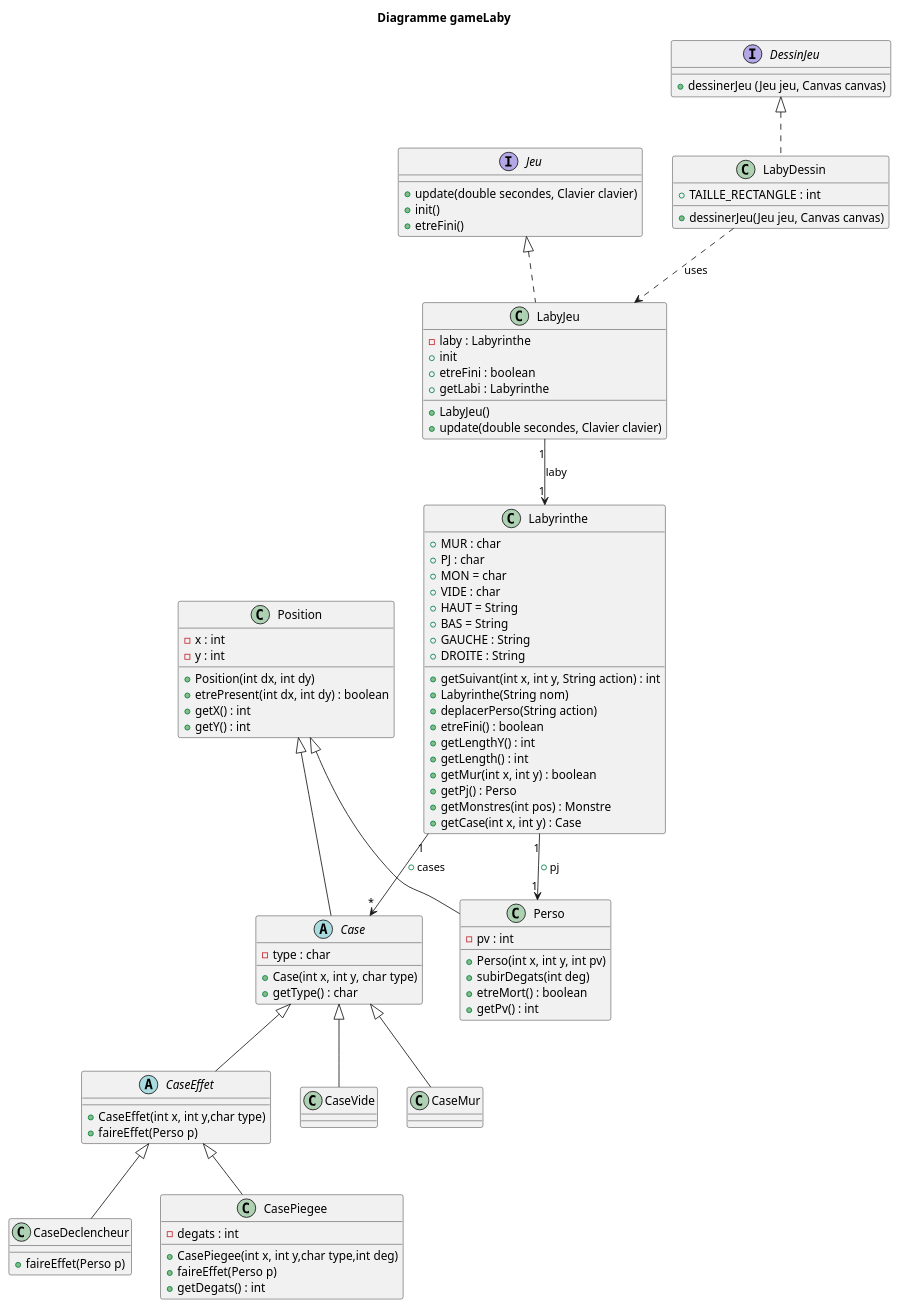
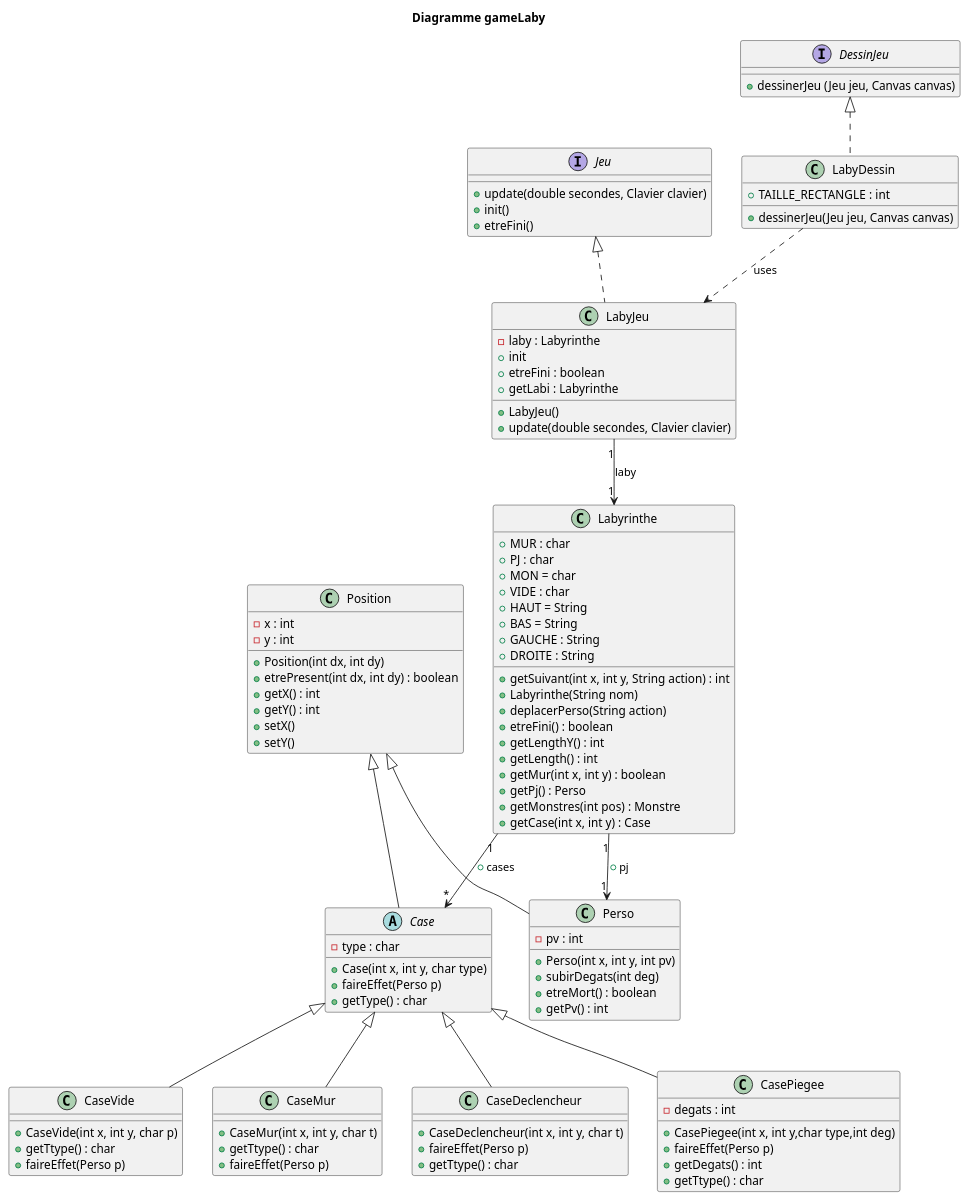
One commit to Cedran-Bastien/2022_Zeldiablo_Retter_Perez_Hergott_Bastien changed the diagram in zeldiablo/src/gameLaby/laby/diag_classe_monstre.puml. Above: the diagram before and after it, drawn with PlantUML. The commit also changed 1 other file, not shown here.

```diff
--- a/zeldiablo/src/gameLaby/laby/diag_classe_monstre.puml
+++ b/zeldiablo/src/gameLaby/laby/diag_classe_monstre.puml
@@ -1,131 +1,134 @@
 @startuml
 'https://plantuml.com/class-diagram
 
 title Diagramme gameLaby
 
 interface Jeu {
     +update(double secondes, Clavier clavier)
     +init()
     +etreFini()
     }
 
 interface DessinJeu {
     +dessinerJeu (Jeu jeu, Canvas canvas)
     }
 
 
 
 class LabyDessin{
     +TAILLE_RECTANGLE : int
     +dessinerJeu(Jeu jeu, Canvas canvas)
 }
 
 class LabyJeu{
     -laby : Labyrinthe
     +LabyJeu()
     +update(double secondes, Clavier clavier)
     +init
     +etreFini : boolean
     +getLabi : Labyrinthe
     }
 
 class Position{
     -x : int
     -y : int
     +Position(int dx, int dy)
     +etrePresent(int dx, int dy) : boolean
     +getX() : int
     +getY() : int
+    +setX()
+    +setY()
     }
 
 abstract Case {
     - type : char
     +Case(int x, int y, char type)
+    +faireEffet(Perso p)
     +getType() : char
 
     }
 
-abstract CaseEffet {
-    +CaseEffet(int x, int y,char type)
-    +faireEffet(Perso p)
-
-}
 
 class Perso {
     -pv : int
     +Perso(int x, int y, int pv)
     +subirDegats(int deg)
     +etreMort() : boolean
     +getPv() : int
 }
 
 'class Monstre {
 '    -PointsAttaque : int
 '    +Monstre(int x, int y,char type, int ptsAtt)
 '    +faireEffet(Perso p)
 '    +getPointsAttaque() : int
 '}
 
 class Labyrinthe{
     +MUR : char
     +PJ : char
     +MON = char
     +VIDE : char
     +HAUT = String
     +BAS = String
     +GAUCHE : String
     +DROITE : String
     +getSuivant(int x, int y, String action) : int
     +Labyrinthe(String nom)
     +deplacerPerso(String action)
     +etreFini() : boolean
      +getLengthY() : int
      +getLength() : int
      +getMur(int x, int y) : boolean
      +getPj() : Perso
      +getMonstres(int pos) : Monstre
      +getCase(int x, int y) : Case
 
 
     }
 
 class CaseVide {
-
+    +CaseVide(int x, int y, char p)
+    +getTtype() : char
+    +faireEffet(Perso p)
 }
 
 class CaseMur {
-
+    +CaseMur(int x, int y, char t)
+    +getTtype() : char
+    +faireEffet(Perso p)
 }
 
 class CaseDeclencheur {
+    +CaseDeclencheur(int x, int y, char t)
     +faireEffet(Perso p)
+    +getTtype() : char
 
 }
 
 class CasePiegee {
     -degats : int
     +CasePiegee(int x, int y,char type,int deg)
     +faireEffet(Perso p)
     +getDegats() : int
+    +getTtype() : char
 
 }
 
 
 DessinJeu <|.. LabyDessin
 Jeu <|.. LabyJeu
 Position <|-- Perso
 Position <|-- Case
 'CaseEffet <|-- Monstre
-Case <|-- CaseEffet
 Labyrinthe "1" --> "1" Perso : +pj
 Labyrinthe "1" --> "*" Case : +cases
 LabyDessin ..> LabyJeu : uses
 LabyJeu "1" --> "1" Labyrinthe : laby
 Case <|-- CaseVide
 Case <|-- CaseMur
-CaseEffet <|-- CaseDeclencheur
-CaseEffet <|-- CasePiegee
-
+Case <|-- CasePiegee
+Case <|-- CaseDeclencheur
 
 
 @enduml
```
